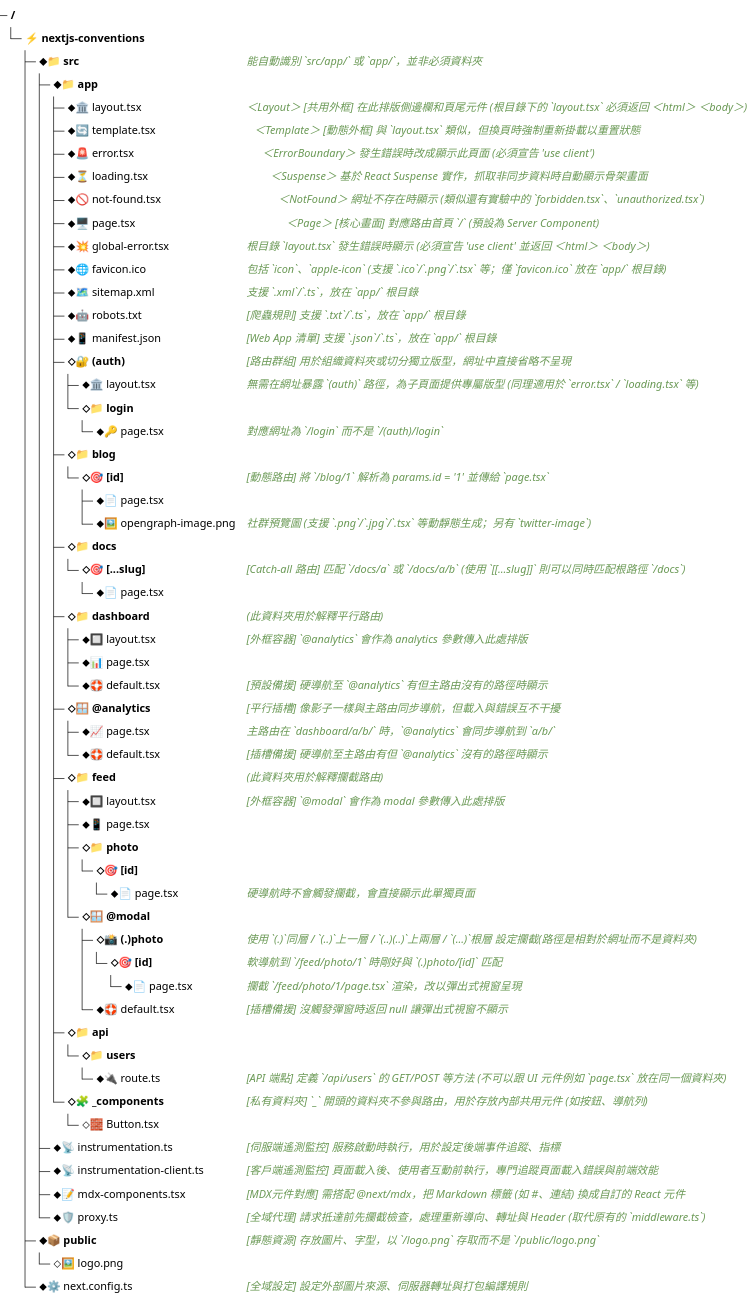
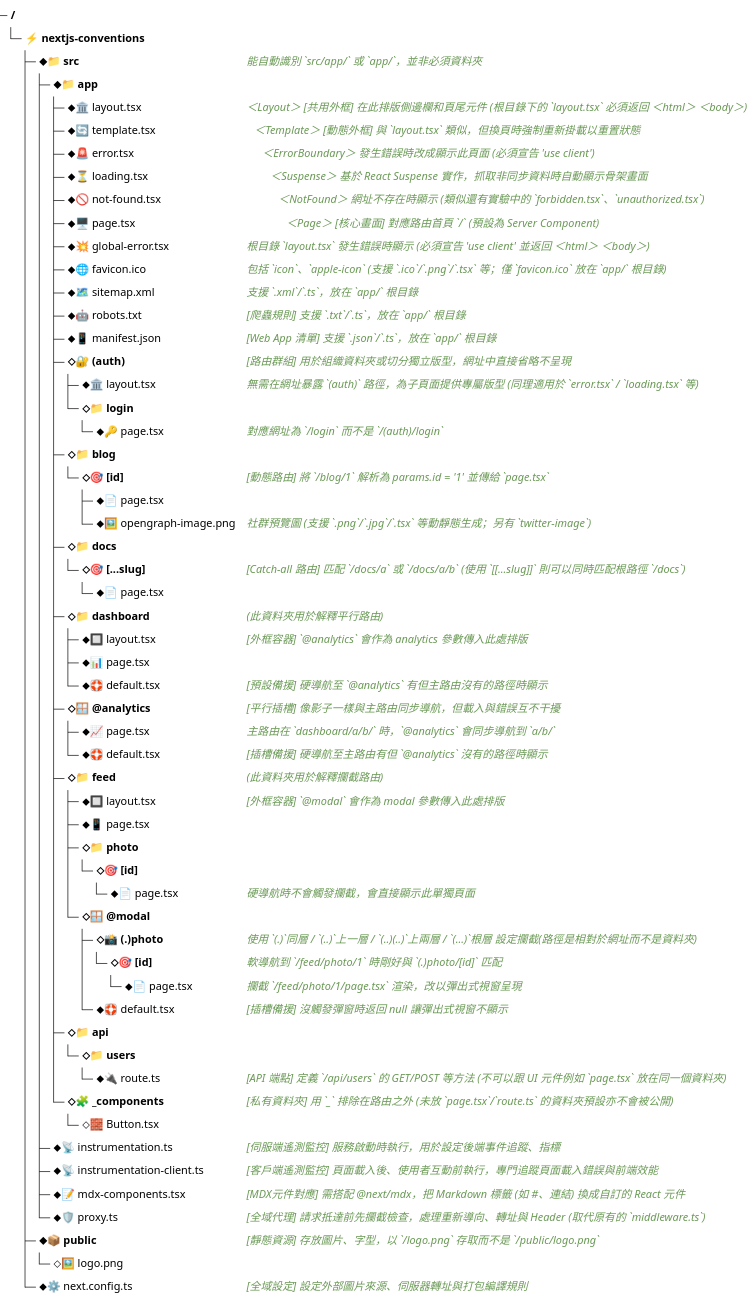
Before and after one commit to moonyoulove/nextjs-conventions-cheatsheet: the diagram in README_ZH-TW.md, drawn with Mermaid. The commit also changed 1 other file, not shown here.

Commit message:
docs: refine private folder description for _components

````diff
--- a/README_ZH-TW.md
+++ b/README_ZH-TW.md
@@ -7,65 +7,65 @@
 ```mermaid
 ---
 config:
   treeView:
     showIcons: false
     rowIndent: 16
     paddingY: 6
 ---
 treeView-beta
 ⚡ nextjs-conventions/
   ⬥📁 src/ ## 能自動識別 `src/app/` 或 `app/`，並非必須資料夾
     ⬥📁 app/
       ⬥🏛️ layout.tsx ## ＜Layout＞ [共用外框] 在此排版側邊欄和頁尾元件 (根目錄下的 `layout.tsx` 必須返回 ＜html＞ ＜body＞)
       ⬥🔄 template.tsx ## ⠀＜Template＞ [動態外框] 與 `layout.tsx` 類似，但換頁時強制重新掛載以重置狀態
       ⬥🚨 error.tsx ## ⠀⠀＜ErrorBoundary＞ 發生錯誤時改成顯示此頁面 (必須宣告 'use client')
       ⬥⏳ loading.tsx ## ⠀⠀⠀＜Suspense＞ 基於 React Suspense 實作，抓取非同步資料時自動顯示骨架畫面
       ⬥🚫 not-found.tsx ## ⠀⠀⠀⠀＜NotFound＞ 網址不存在時顯示 (類似還有實驗中的 `forbidden.tsx`、`unauthorized.tsx`)
       ⬥🖥️ page.tsx ## ⠀⠀⠀⠀⠀＜Page＞ [核心畫面] 對應路由首頁 `/` (預設為 Server Component)
       ⬥💥 global-error.tsx ## 根目錄 `layout.tsx` 發生錯誤時顯示 (必須宣告 'use client' 並返回 ＜html＞ ＜body＞)
       ⬥🌐 favicon.ico ## 包括 `icon`、`apple-icon` (支援 `.ico`/`.png`/`.tsx` 等；僅 `favicon.ico` 放在 `app/` 根目錄)
       ⬥🗺️ sitemap.xml ## 支援 `.xml`/`.ts`，放在 `app/` 根目錄
       ⬥🤖 robots.txt ## [爬蟲規則] 支援 `.txt`/`.ts`，放在 `app/` 根目錄
       ⬥📱 manifest.json ## [Web App 清單] 支援 `.json`/`.ts`，放在 `app/` 根目錄
       ⬦🔐 (auth)/ ## [路由群組] 用於組織資料夾或切分獨立版型，網址中直接省略不呈現
         ⬥🏛️ layout.tsx ## 無需在網址暴露 `(auth)` 路徑，為子頁面提供專屬版型 (同理適用於 `error.tsx` / `loading.tsx` 等)
         ⬦📁 login/
           ⬥🔑 page.tsx ## 對應網址為 `/login` 而不是 `/(auth)/login`
       ⬦📁 blog/
         ⬦🎯 [id]/ ## [動態路由] 將 `/blog/1` 解析為 params.id = '1' 並傳給 `page.tsx`
           ⬥📄 page.tsx
           ⬥🖼️ opengraph-image.png ## 社群預覽圖 (支援 `.png`/`.jpg`/`.tsx` 等動靜態生成；另有 `twitter-image`)
       ⬦📁 docs/
         ⬦🎯 [...slug]/ ## [Catch-all 路由] 匹配 `/docs/a` 或 `/docs/a/b` (使用 `[[...slug]]` 則可以同時匹配根路徑 `/docs`)
           ⬥📄 page.tsx
       ⬦📁 dashboard/ ## (此資料夾用於解釋平行路由)
         ⬥🔲 layout.tsx ## [外框容器] `@analytics` 會作為 analytics 參數傳入此處排版
         ⬥📊 page.tsx
         ⬥🛟 default.tsx ## [預設備援] 硬導航至 `@analytics` 有但主路由沒有的路徑時顯示
       ⬦🪟 @analytics/ ## [平行插槽] 像影子一樣與主路由同步導航，但載入與錯誤互不干擾
           ⬥📈 page.tsx ## 主路由在 `dashboard/a/b/` 時，`@analytics` 會同步導航到 `a/b/`
           ⬥🛟 default.tsx ## [插槽備援] 硬導航至主路由有但 `@analytics` 沒有的路徑時顯示
       ⬦📁 feed/ ## (此資料夾用於解釋攔截路由)
         ⬥🔲 layout.tsx ## [外框容器] `@modal` 會作為 modal 參數傳入此處排版
         ⬥📱 page.tsx
         ⬦📁 photo/
           ⬦🎯 [id]/
             ⬥📄 page.tsx ## 硬導航時不會觸發攔截，會直接顯示此單獨頁面
         ⬦🪟 @modal/
           ⬦📸 (.)photo/ ## 使用 `(.)`同層 / `(..)`上一層 / `(..)(..)`上兩層 / `(...)`根層 設定攔截(路徑是相對於網址而不是資料夾)
             ⬦🎯 [id]/ ## 軟導航到 `/feed/photo/1` 時剛好與 `(.)photo/[id]` 匹配
               ⬥📄 page.tsx ## 攔截 `/feed/photo/1/page.tsx` 渲染，改以彈出式視窗呈現
           ⬥🛟 default.tsx ## [插槽備援] 沒觸發彈窗時返回 null 讓彈出式視窗不顯示
       ⬦📁 api/
         ⬦📁 users/
           ⬥🔌 route.ts ## [API 端點] 定義 `/api/users` 的 GET/POST 等方法 (不可以跟 UI 元件例如 `page.tsx` 放在同一個資料夾)
-      ⬦🧩 _components/ ## [私有資料夾] `_` 開頭的資料夾不參與路由，用於存放內部共用元件 (如按鈕、導航列)
+      ⬦🧩 _components/ ## [私有資料夾] 用 `_` 排除在路由之外 (未放 `page.tsx`/`route.ts` 的資料夾預設亦不會被公開)
         ⬦🧱 Button.tsx
     ⬥📡 instrumentation.ts ## [伺服端遙測監控] 服務啟動時執行，用於設定後端事件追蹤、指標
     ⬥📡 instrumentation-client.ts ## [客戶端遙測監控] 頁面載入後、使用者互動前執行，專門追蹤頁面載入錯誤與前端效能
     ⬥📝 mdx-components.tsx ## [MDX元件對應] 需搭配 @next/mdx，把 Markdown 標籤 (如 #、連結) 換成自訂的 React 元件
     ⬥🛡️ proxy.ts ## [全域代理] 請求抵達前先攔截檢查，處理重新導向、轉址與 Header (取代原有的 `middleware.ts`)
   ⬥📦 public/ ## [靜態資源] 存放圖片、字型，以 `/logo.png` 存取而不是 `/public/logo.png`
     ⬦🖼️ logo.png
   ⬥⚙️ next.config.ts ## [全域設定] 設定外部圖片來源、伺服器轉址與打包編譯規則
 ```
````
